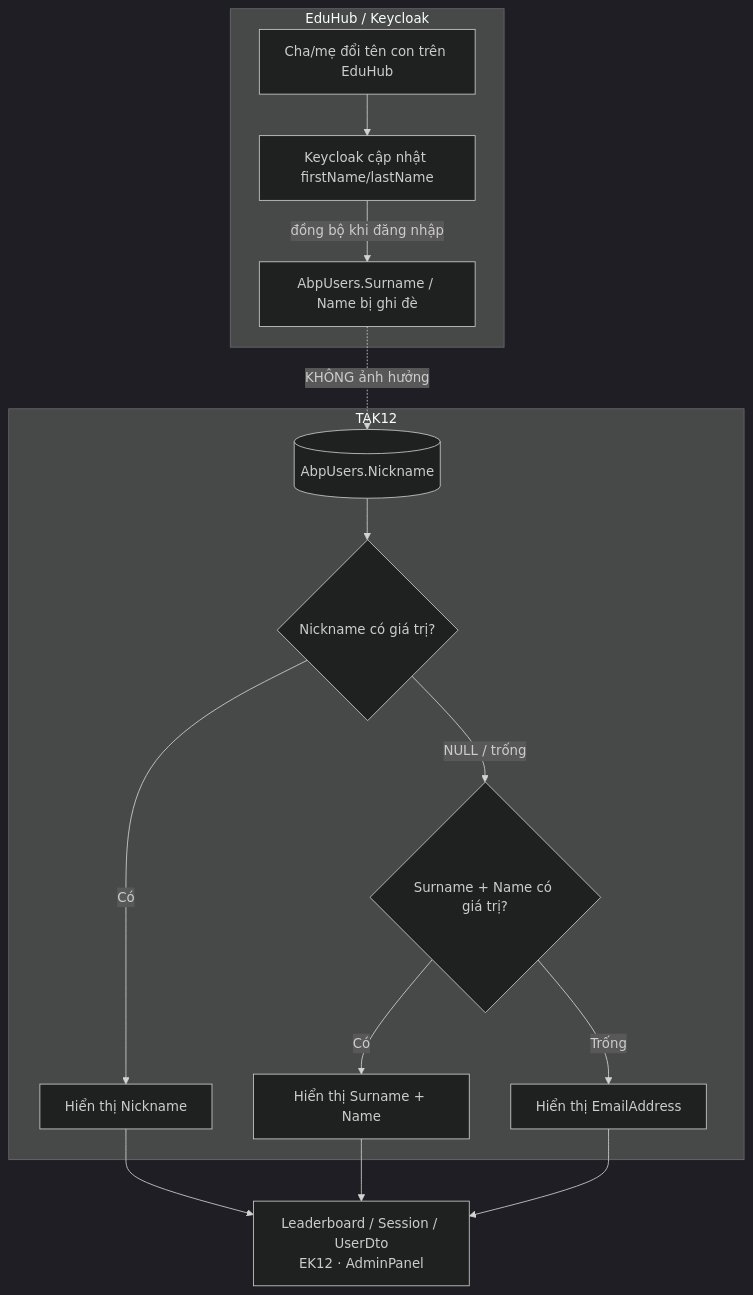
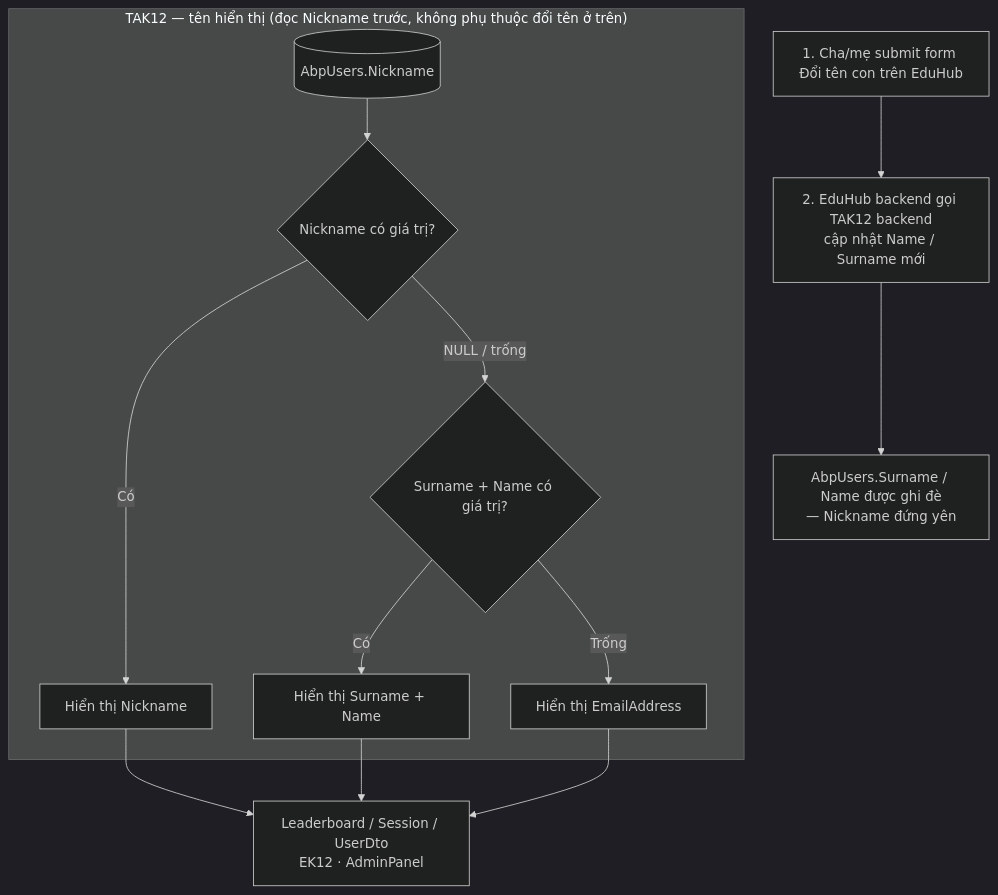
The first of 2 diagrams in user-nickname-migration.md (riddle-bash/tak12-eduhub-consent-flow), drawn with Mermaid (dark theme) before and after one commit. The commit also changed other lines of this file, not shown here.

````diff
--- a/user-nickname-migration.md
+++ b/user-nickname-migration.md
@@ -22,18 +22,15 @@
 ```mermaid
 flowchart TD
-    subgraph EduHub["EduHub / Keycloak"]
-        P[Cha/mẹ đổi tên con trên EduHub] --> KC[Keycloak cập nhật firstName/lastName]
-        KC -->|đồng bộ khi đăng nhập| SN[AbpUsers.Surname / Name bị ghi đè]
-    end
+    P[1. Cha/mẹ submit form Đổi tên con trên EduHub] --> BE[2. EduHub backend gọi TAK12 backend<br/>cập nhật Name / Surname mới]
+    BE --> SN[AbpUsers.Surname / Name được ghi đè<br/>— Nickname đứng yên]
 
-    subgraph TAK12["TAK12"]
-        SN -.->|KHÔNG ảnh hưởng| NK[(AbpUsers.Nickname)]
-        NK --> DN{Nickname có giá trị?}
+    subgraph Display["TAK12 — tên hiển thị (đọc Nickname trước, không phụ thuộc đổi tên ở trên)"]
+        NK[(AbpUsers.Nickname)] --> DN{Nickname có giá trị?}
         DN -->|Có| SHOW[Hiển thị Nickname]
         DN -->|NULL / trống| FB{Surname + Name có giá trị?}
         FB -->|Có| FULL[Hiển thị Surname + Name]
         FB -->|Trống| MAIL[Hiển thị EmailAddress]
     end
 
     SHOW & FULL & MAIL --> UI[Leaderboard / Session / UserDto<br/>EK12 · AdminPanel]
 ```
````
